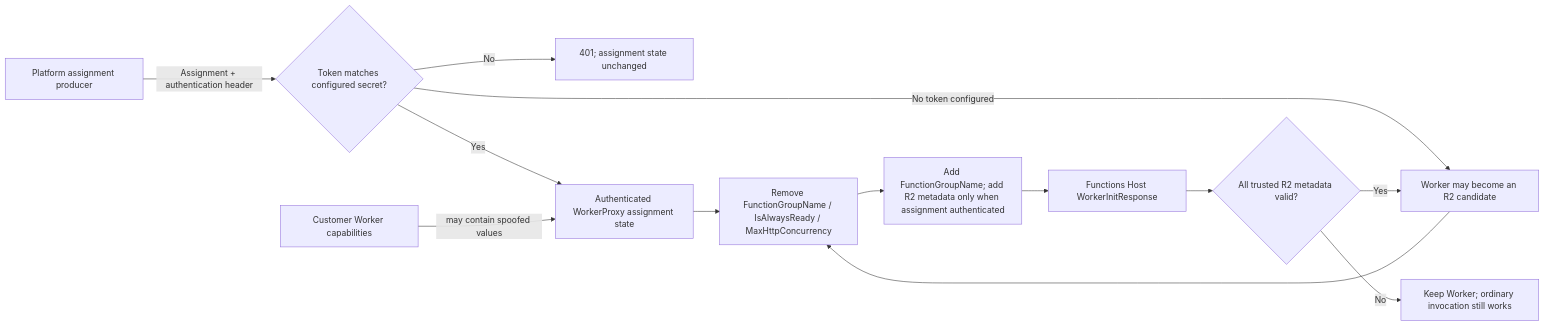
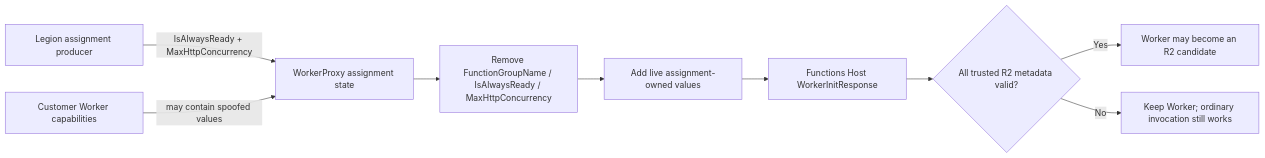
One commit to Azure/azure-functions-host changed the first of 6 diagrams in tools/ComputeSeparation/byoc-http-on-demand-idle-scale-in.md. Above: the diagram before and after it, drawn with Mermaid. The commit also changed other lines of this file and 12 other files, not shown here.

Commit message:
[BYOC] Keep R2 on Legion assignment boundary

````diff
--- a/tools/ComputeSeparation/byoc-http-on-demand-idle-scale-in.md
+++ b/tools/ComputeSeparation/byoc-http-on-demand-idle-scale-in.md
@@ -66,15 +56,11 @@
 ```mermaid
 flowchart LR
-    P[Platform assignment producer] -->|Assignment + authentication header| AU{Token matches configured secret?}
-    AU -->|No| U[401; assignment state unchanged]
-    AU -->|Yes| WP[Authenticated WorkerProxy assignment state]
-    AU -->|No token configured| C[Accept assignment for compatibility; R2 metadata untrusted]
+    P[Legion assignment producer] -->|IsAlwaysReady + MaxHttpConcurrency| WP[WorkerProxy assignment state]
     CW[Customer Worker capabilities] -->|may contain spoofed values| WP
-    C --> R
     WP --> R[Remove FunctionGroupName / IsAlwaysReady / MaxHttpConcurrency]
-    R --> A[Add FunctionGroupName; add R2 metadata only when assignment authenticated]
+    R --> A[Add live assignment-owned values]
     A --> H[Functions Host WorkerInitResponse]
     H --> E{All trusted R2 metadata valid?}
     E -->|Yes| C[Worker may become an R2 candidate]
     E -->|No| K[Keep Worker; ordinary invocation still works]
 ```
````
